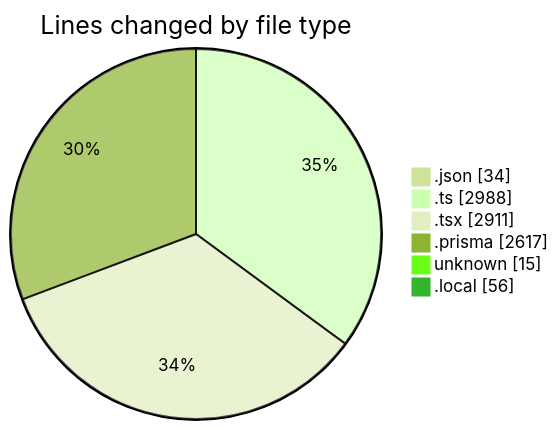
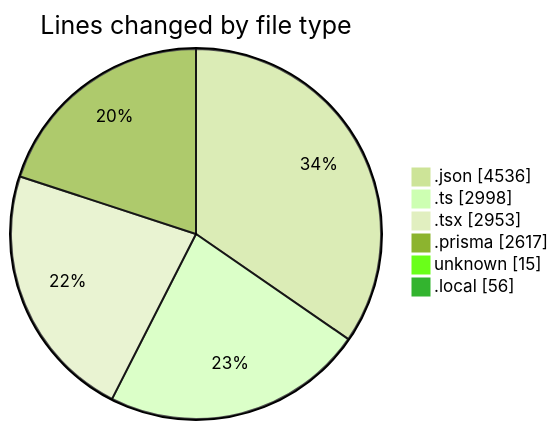
The first of 2 diagrams in 2025-05-15/ecodeli-1/README.md (CELIANVF/code-tracking), drawn with Mermaid (forest theme) before and after one commit. The commit also changed other lines of this file and 1 other file, not shown here.

````diff
--- a/2025-05-15/ecodeli-1/README.md
+++ b/2025-05-15/ecodeli-1/README.md
@@ -41,10 +42,10 @@
 ```mermaid
 pie showData
 title Lines changed by file type
-".json" : 34
-".ts" : 2988
-".tsx" : 2911
+".json" : 4536
+".ts" : 2998
+".tsx" : 2953
 ".prisma" : 2617
 "unknown" : 15
 ".local" : 56
 ```
````
